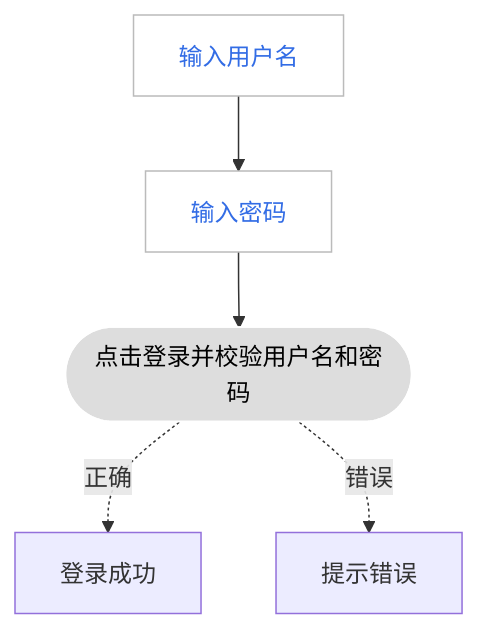
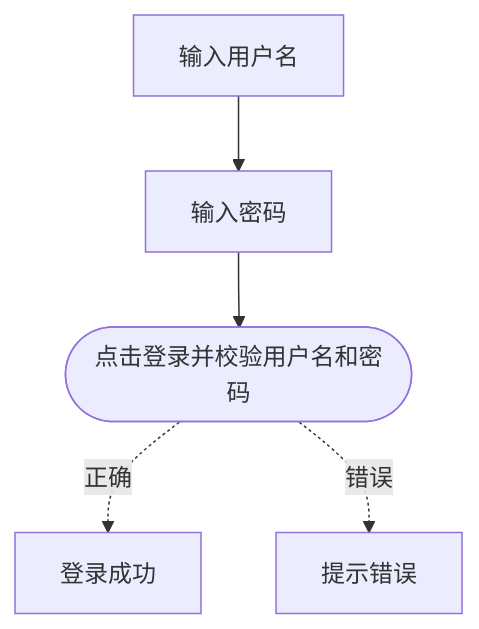
Before and after one commit to DaoCloud/DaoCloud-docs: the diagram in docs/zh/docs/ghippo/install/login.md, drawn with Mermaid. The commit also changed 40 other files, not shown here.

Commit message:
remove classdef and class from mermaid blocks globally (#7555)

````diff
--- a/docs/zh/docs/ghippo/install/login.md
+++ b/docs/zh/docs/ghippo/install/login.md
@@ -20,14 +20,7 @@
 ```mermaid
 graph TB
 
 user[输入用户名] --> pass[输入密码] --> judge([点击登录并校验用户名和密码])
 judge -.正确.->success[登录成功]
 judge -.错误.->fail[提示错误]
-
-classDef plain fill:#ddd,stroke:#fff,stroke-width:1px,color:#000;
-classDef k8s fill:#326ce5,stroke:#fff,stroke-width:1px,color:#fff;
-classDef cluster fill:#fff,stroke:#bbb,stroke-width:1px,color:#326ce5;
-
-class user,pass cluster;
-class judge plain
 ```
````
